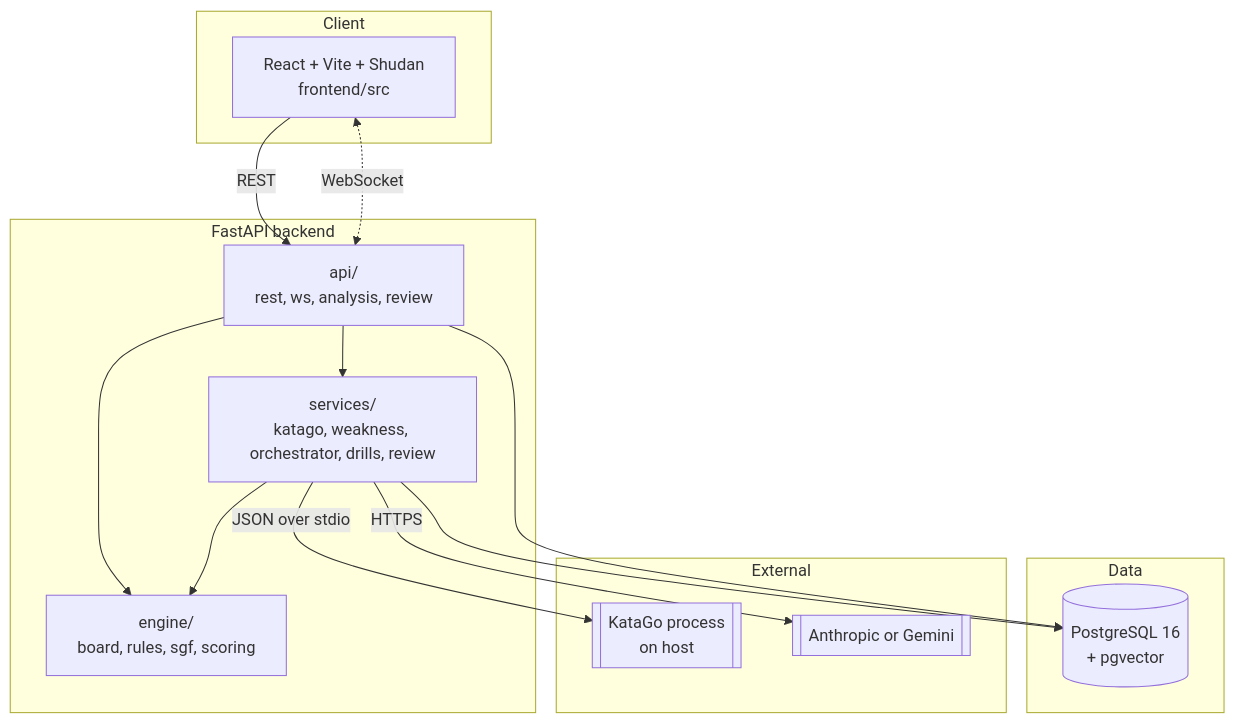
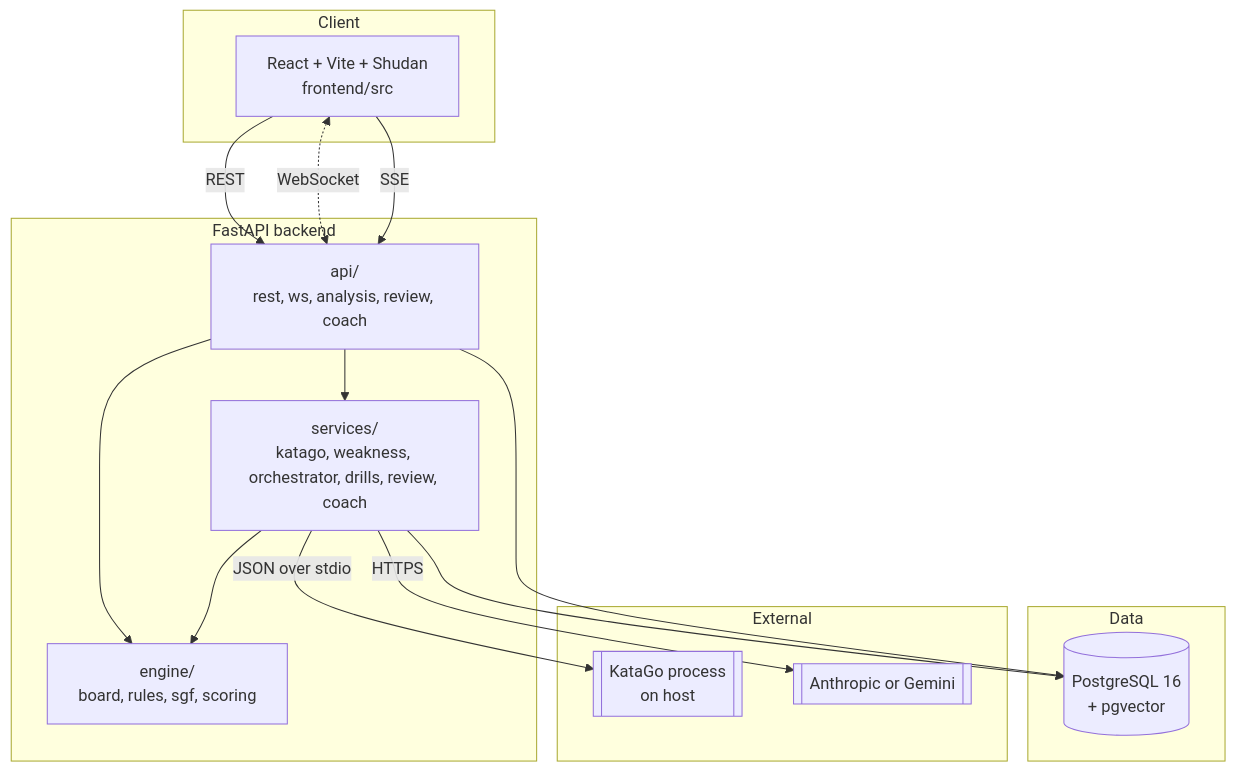
Before and after one commit to MacchiatoCreamCheese/Go-senpai: the third of 3 diagrams in README.md, drawn with Mermaid. The commit also changed other lines of this file, not shown here.

````diff
--- a/README.md
+++ b/README.md
@@ -183,31 +246,32 @@
 ```mermaid
 flowchart TB
     subgraph Client
         FE[React + Vite + Shudan<br/>frontend/src]
     end
 
     subgraph Server [FastAPI backend]
-        API[api/<br/>rest, ws, analysis, review]
-        SVC[services/<br/>katago, weakness, orchestrator, drills, review]
+        API[api/<br/>rest, ws, analysis, review, coach]
+        SVC[services/<br/>katago, weakness, orchestrator, drills, review, coach]
         ENG[engine/<br/>board, rules, sgf, scoring]
     end
 
     subgraph Data
         PG[(PostgreSQL 16<br/>+ pgvector)]
     end
 
     subgraph External
         KG[[KataGo process<br/>on host]]
         LLM[[Anthropic or Gemini]]
     end
 
     FE -- REST --> API
     FE <-. WebSocket .-> API
+    FE -- SSE --> API
     API --> SVC
     API --> ENG
     SVC --> ENG
     SVC --> PG
     SVC -- JSON over stdio --> KG
     SVC -- HTTPS --> LLM
     API --> PG
 ```
````
